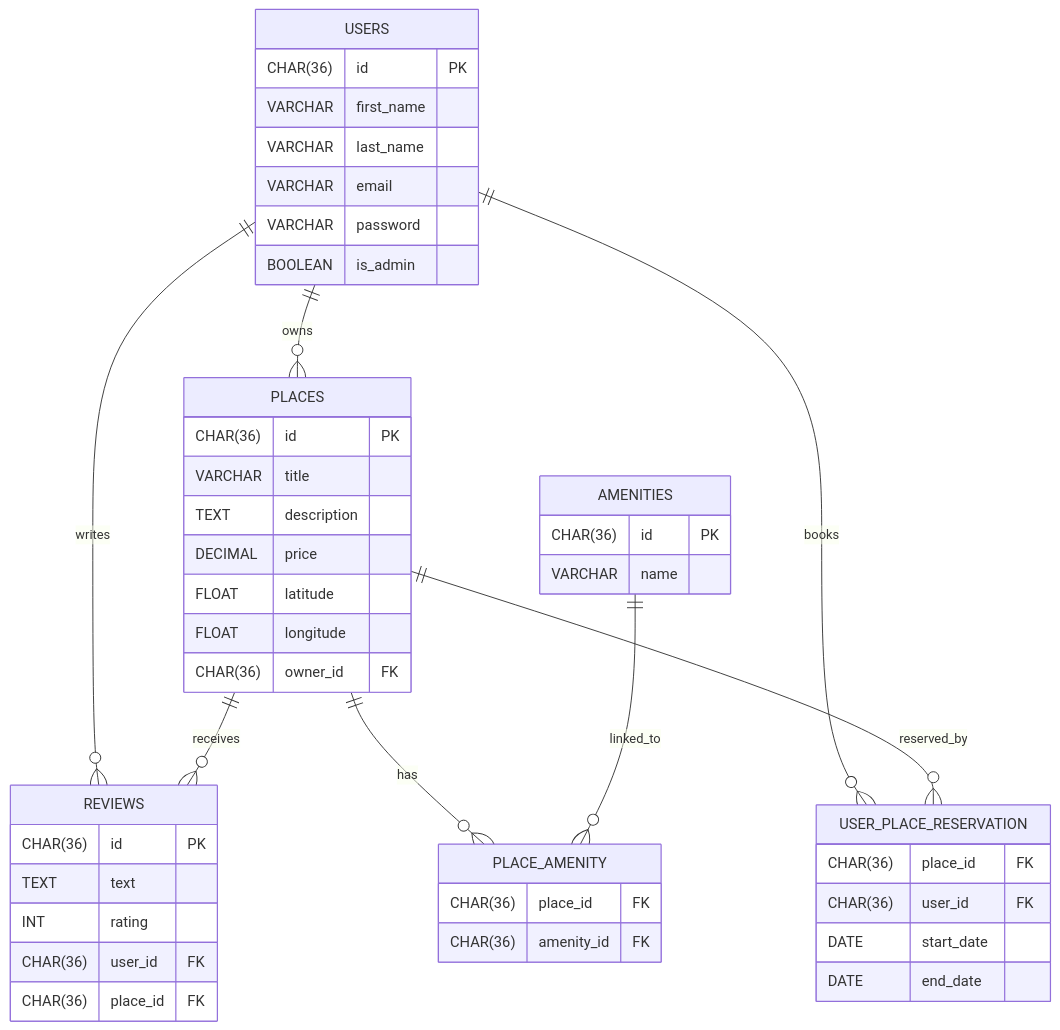
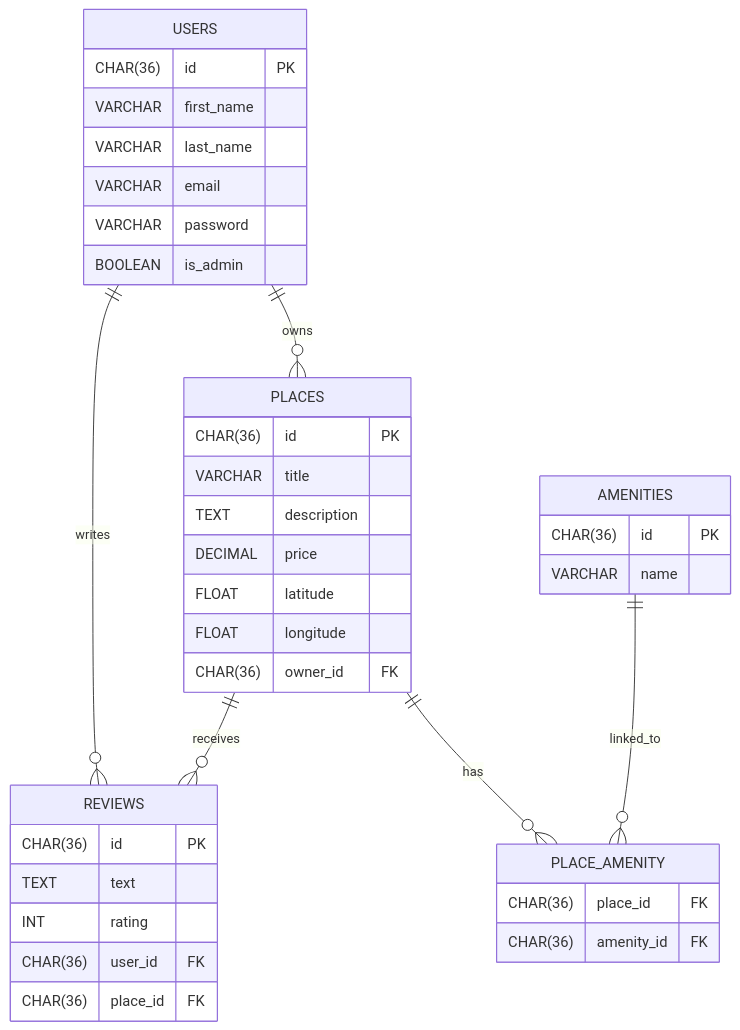
One commit to Timi-Holberton/holbertonschool-hbnb changed the diagram in README.md. Above: the diagram before and after it, drawn with Mermaid.

Commit message:
Suppression des réservations d'utilisateur dans le diagramme ER

````diff
--- a/README.md
+++ b/README.md
@@ -95,48 +95,40 @@
 ```mermaid
 erDiagram
     USERS {
         CHAR(36) id PK
         VARCHAR first_name
         VARCHAR last_name
         VARCHAR email
         VARCHAR password
         BOOLEAN is_admin
     }
     PLACES {
         CHAR(36) id PK
         VARCHAR title
         TEXT description
         DECIMAL price
         FLOAT latitude
         FLOAT longitude
         CHAR(36) owner_id FK
     }
     REVIEWS {
         CHAR(36) id PK
         TEXT text
         INT rating
         CHAR(36) user_id FK
         CHAR(36) place_id FK
     }
     AMENITIES {
         CHAR(36) id PK
         VARCHAR name
     }
     PLACE_AMENITY {
         CHAR(36) place_id FK
         CHAR(36) amenity_id FK
     }
-    USER_PLACE_RESERVATION {
-        CHAR(36) place_id FK
-        CHAR(36) user_id FK
-        DATE start_date
-        DATE end_date
-    }
     USERS ||--o{ PLACES : owns
     USERS ||--o{ REVIEWS : writes
-    USERS ||--o{ USER_PLACE_RESERVATION : books
     PLACES ||--o{ REVIEWS : receives
     PLACES ||--o{ PLACE_AMENITY : has
-    PLACES ||--o{ USER_PLACE_RESERVATION : reserved_by
     AMENITIES ||--o{ PLACE_AMENITY : linked_to
 ```
````
